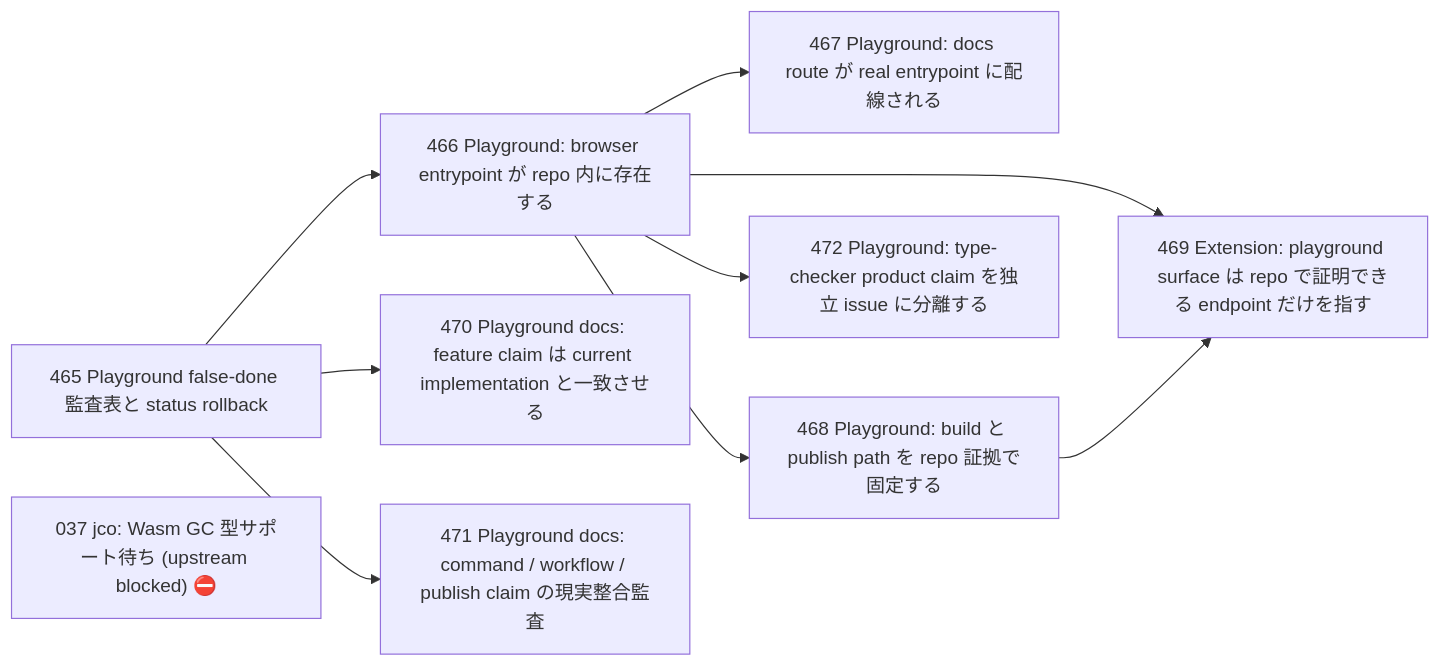
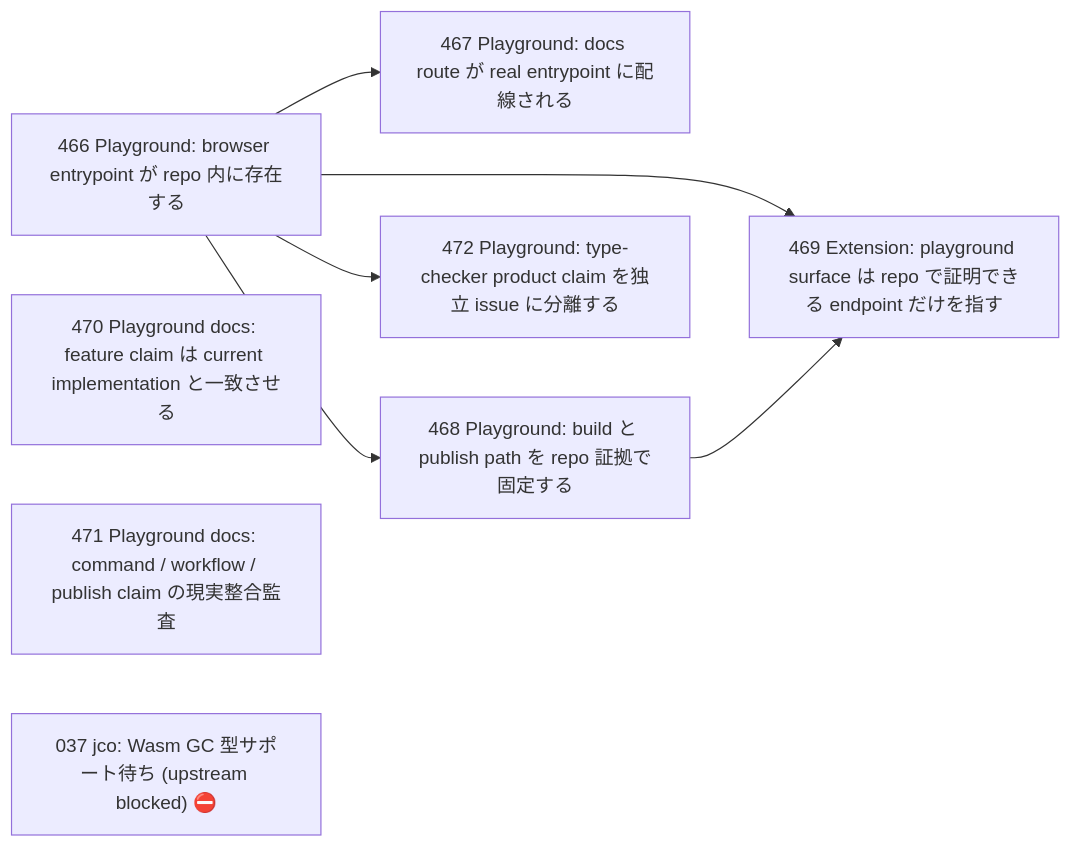
The diagram in issues/open/dependency-graph.md (wogikaze/arukellt), drawn with Mermaid before and after one commit. The commit also changed other lines of this file and 5 other files, not shown here.

Commit message:
close #465: playground false-done audit verified and formalized

````diff
--- a/issues/open/dependency-graph.md
+++ b/issues/open/dependency-graph.md
@@ -7,20 +7,16 @@
 ```mermaid
 graph LR
-  I465["465 Playground false-done 監査表と status rollback"]
   I466["466 Playground: browser entrypoint が repo 内に存在する"]
   I470["470 Playground docs: feature claim は current implementation と一致させる"]
   I471["471 Playground docs: command / workflow / publish claim の現実整合監査"]
   I467["467 Playground: docs route が real entrypoint に配線される"]
   I468["468 Playground: build と publish path を repo 証拠で固定する"]
   I472["472 Playground: type-checker product claim を独立 issue に分離する"]
   I469["469 Extension: playground surface は repo で証明できる endpoint だけを指す"]
   I037["037 jco: Wasm GC 型サポート待ち (upstream blocked) ⛔"]
-  I465 --> I466
-  I465 --> I470
-  I465 --> I471
   I466 --> I467
   I466 --> I468
   I466 --> I472
   I466 --> I469
   I468 --> I469
 ```
````
